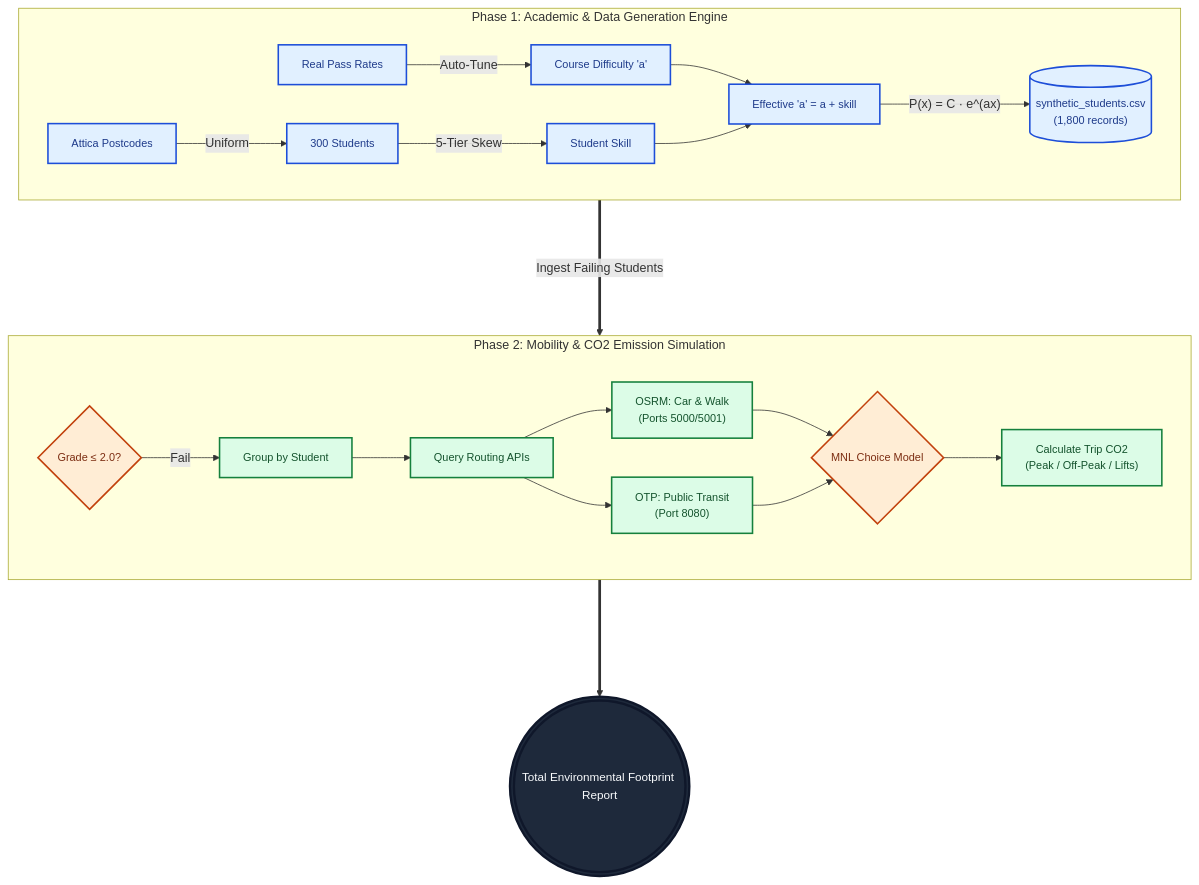
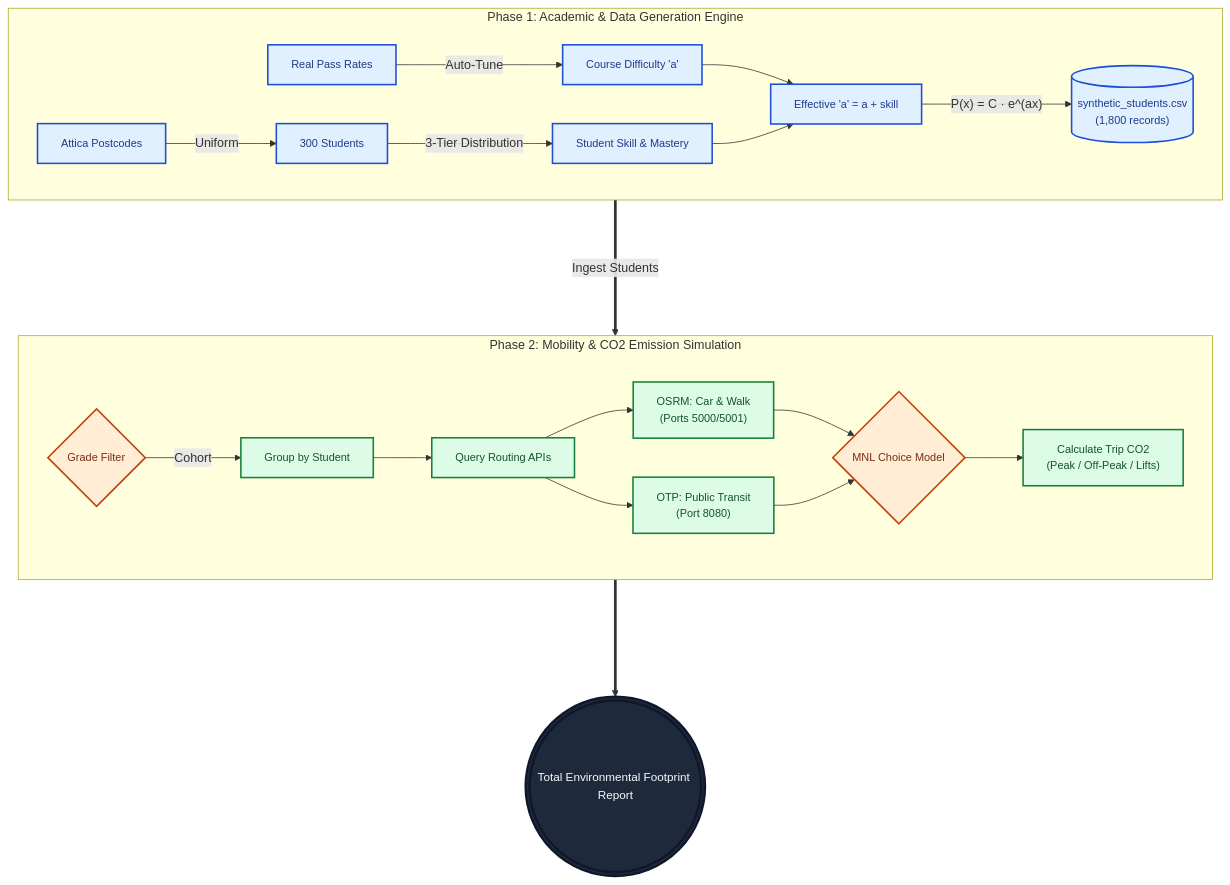
Before and after one commit to angelosdav/Student-Routing-Footprint: the diagram in README.md, drawn with Mermaid. The commit also changed other lines of this file, not shown here.

Commit message:
docs: update README with 3-tier student framework, minute emission factors, and calibrated urban speeds

````diff
--- a/README.md
+++ b/README.md
@@ -25,36 +25,36 @@
 ```mermaid
 flowchart TB
     subgraph Phase1["Phase 1: Academic & Data Generation Engine"]
         direction LR
         A["Attica Postcodes"] -->|"Uniform"| C["300 Students"]
         B["Real Pass Rates"] -->|"Auto-Tune"| D["Course Difficulty 'a'"]
-        C -->|"5-Tier Skew"| E["Student Skill"]
+        C -->|"3-Tier Distribution"| E["Student Skill & Mastery"]
         D --> F["Effective 'a' = a + skill"]
         E --> F
         F -->|"P(x) = C · e^(ax)"| G[("synthetic_students.csv\n(1,800 records)")]
     end
 
     subgraph Phase2["Phase 2: Mobility & CO2 Emission Simulation"]
         direction LR
-        H{"Grade ≤ 2.0?"} -->|"Fail"| J["Group by Student"]
+        H{"Grade Filter"} -->|"Cohort"| J["Group by Student"]
         J --> K["Query Routing APIs"]
         K --> L["OSRM: Car & Walk\n(Ports 5000/5001)"]
         K --> M["OTP: Public Transit\n(Port 8080)"]
         L --> N{"MNL Choice Model"}
         M --> N
         N --> O["Calculate Trip CO2\n(Peak / Off-Peak / Lifts)"]
     end
 
-    G ====>|"Ingest Failing Students"| H
+    G ====>|"Ingest Students"| H
     O ====> P((("Total Environmental Footprint Report")))
 
     classDef blueBox fill:#e1f0ff,stroke:#1d4ed8,stroke-width:2px,color:#1e3a8a,font-size:14px;
     classDef greenBox fill:#dcfce7,stroke:#15803d,stroke-width:2px,color:#14532d,font-size:14px;
     classDef orangeNode fill:#ffedd5,stroke:#c2410c,stroke-width:2px,color:#7c2d12,font-size:14px;
     classDef darkOut fill:#1e293b,stroke:#0f172a,stroke-width:3px,color:#f8fafc,font-size:15px;
 
     class A,B,C,D,E,F,G blueBox;
     class J,K,L,M,O greenBox;
     class H,N orangeNode;
     class P darkOut;
 ```
````
